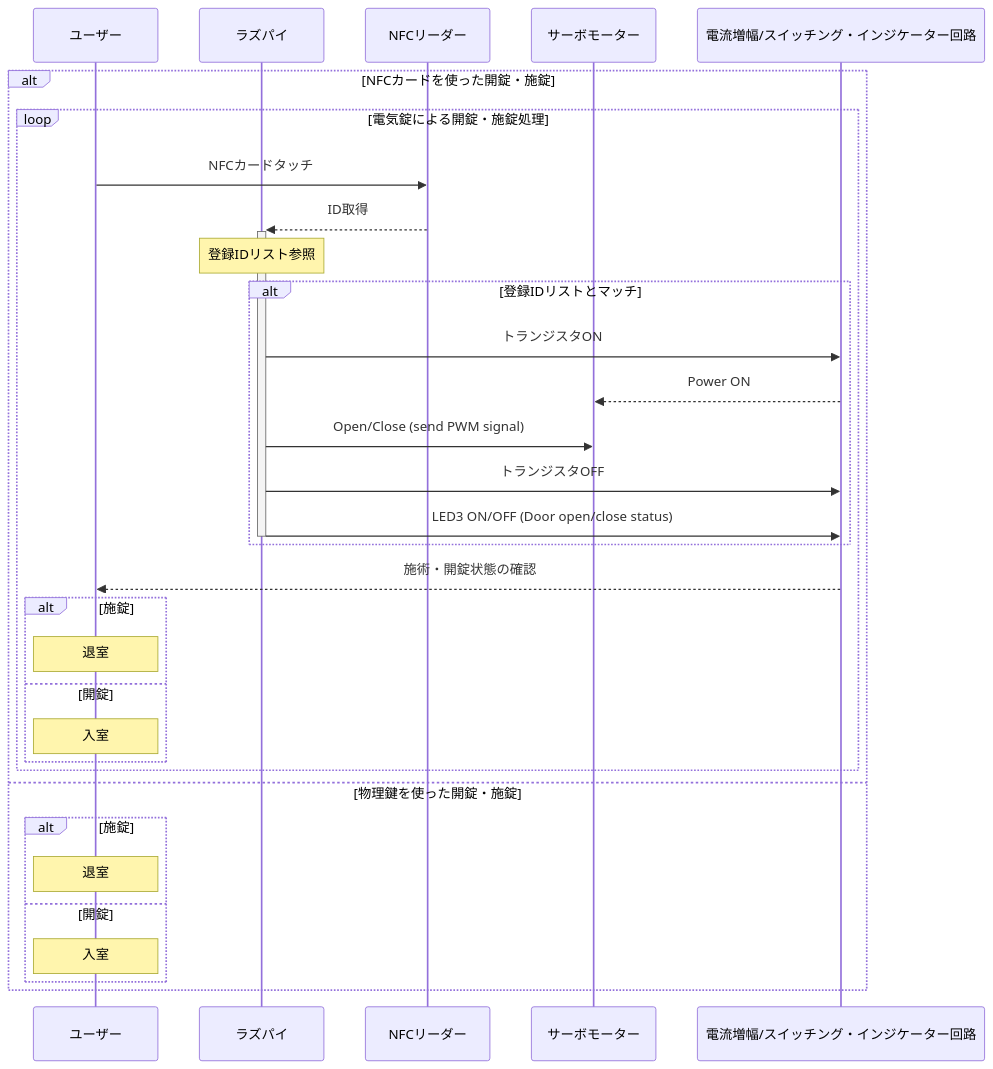
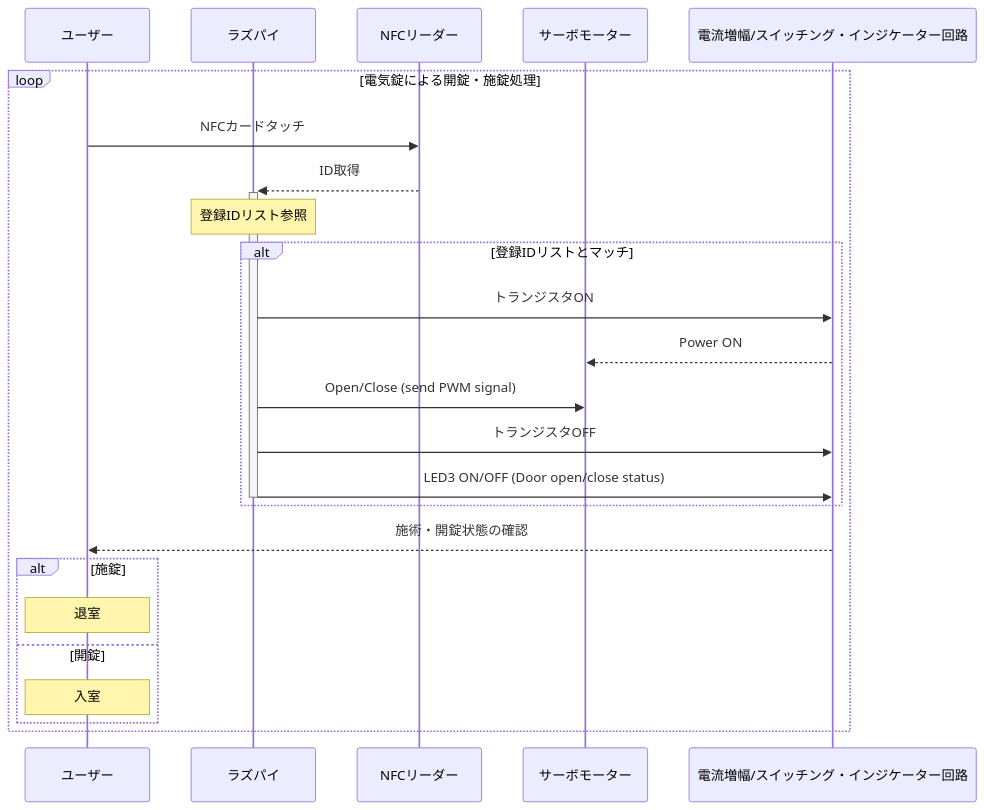
Before and after one commit to YUKI-SOKENDAI/SmartLock: the third of 3 diagrams in memo/SystemMEMO.md, drawn with Mermaid.

````diff
--- a/memo/SystemMEMO.md
+++ b/memo/SystemMEMO.md
@@ -93,37 +93,28 @@
 ```mermaid
 sequenceDiagram
     participant user1 as ユーザー
     participant raspi as ラズパイ
     participant nfc as NFCリーダー
     participant servo as サーボモーター
     participant circuit as 電流増幅/スイッチング・インジケーター回路
 
-    alt NFCカードを使った開錠・施錠
-        loop 電気錠による開錠・施錠処理
-            user1->>nfc: NFCカードタッチ
-            nfc-->>+raspi:ID取得
-            Note over raspi: 登録IDリスト参照
-            alt 登録IDリストとマッチ
-                raspi->>circuit: トランジスタON
-                circuit-->>servo: Power ON
-                raspi->>servo: Open/Close (send PWM signal)
-                raspi->>circuit: トランジスタOFF
-                raspi->>-circuit: LED3 ON/OFF (Door open/close status) 
-            end
-    
-            circuit-->>user1 : 施術・開錠状態の確認
-            alt 施錠
-                Note over user1 :退室
-            else 開錠
-                Note over user1 :入室
-            end
+    loop 電気錠による開錠・施錠処理
+        user1->>nfc: NFCカードタッチ
+        nfc-->>+raspi:ID取得
+        Note over raspi: 登録IDリスト参照
+        alt 登録IDリストとマッチ
+            raspi->>circuit: トランジスタON
+            circuit-->>servo: Power ON
+            raspi->>servo: Open/Close (send PWM signal)
+            raspi->>circuit: トランジスタOFF
+            raspi->>-circuit: LED3 ON/OFF (Door open/close status) 
         end
-    else 物理鍵を使った開錠・施錠
+
+        circuit-->>user1 : 施術・開錠状態の確認
         alt 施錠
             Note over user1 :退室
         else 開錠
             Note over user1 :入室
         end
     end
-        
 ```
````
